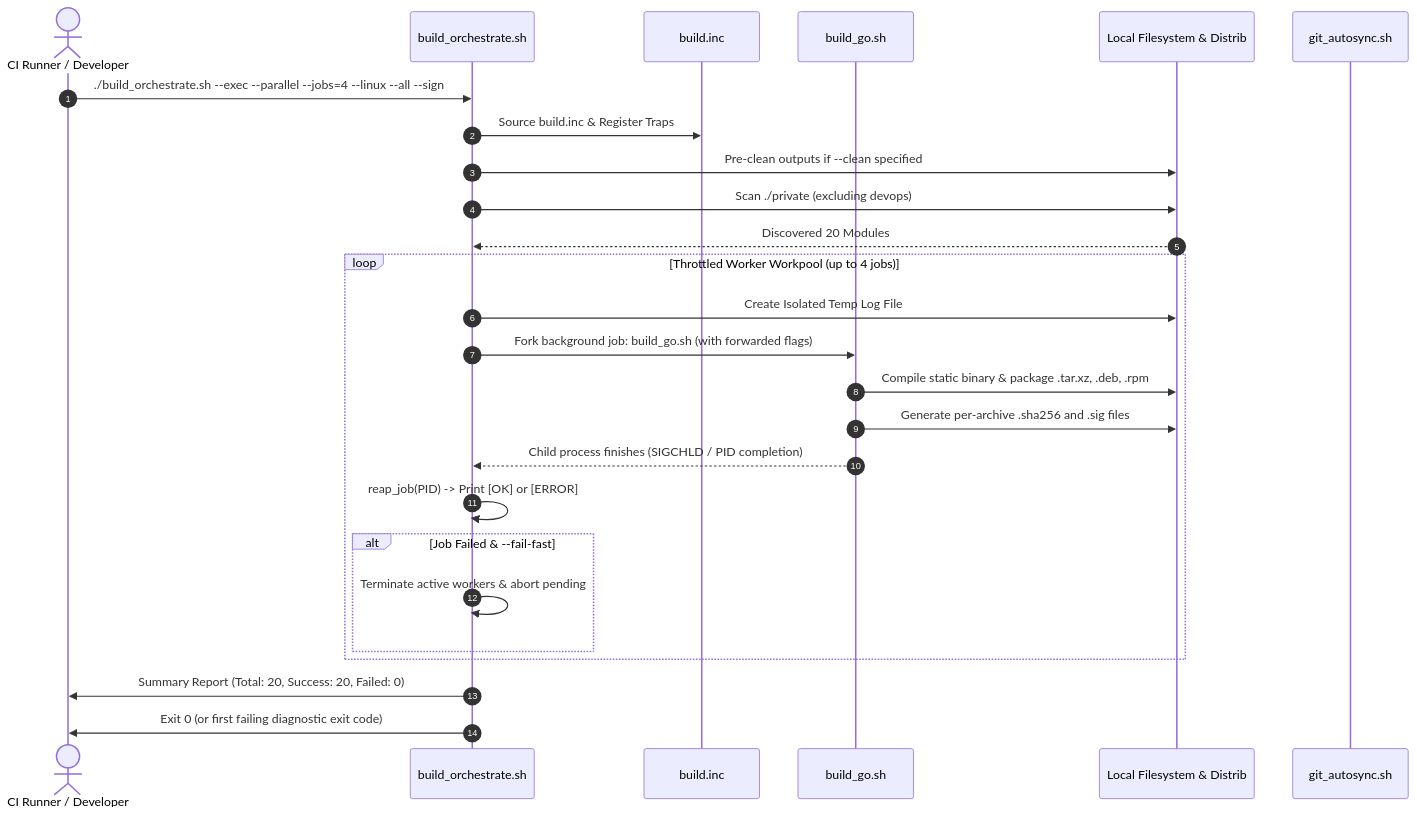
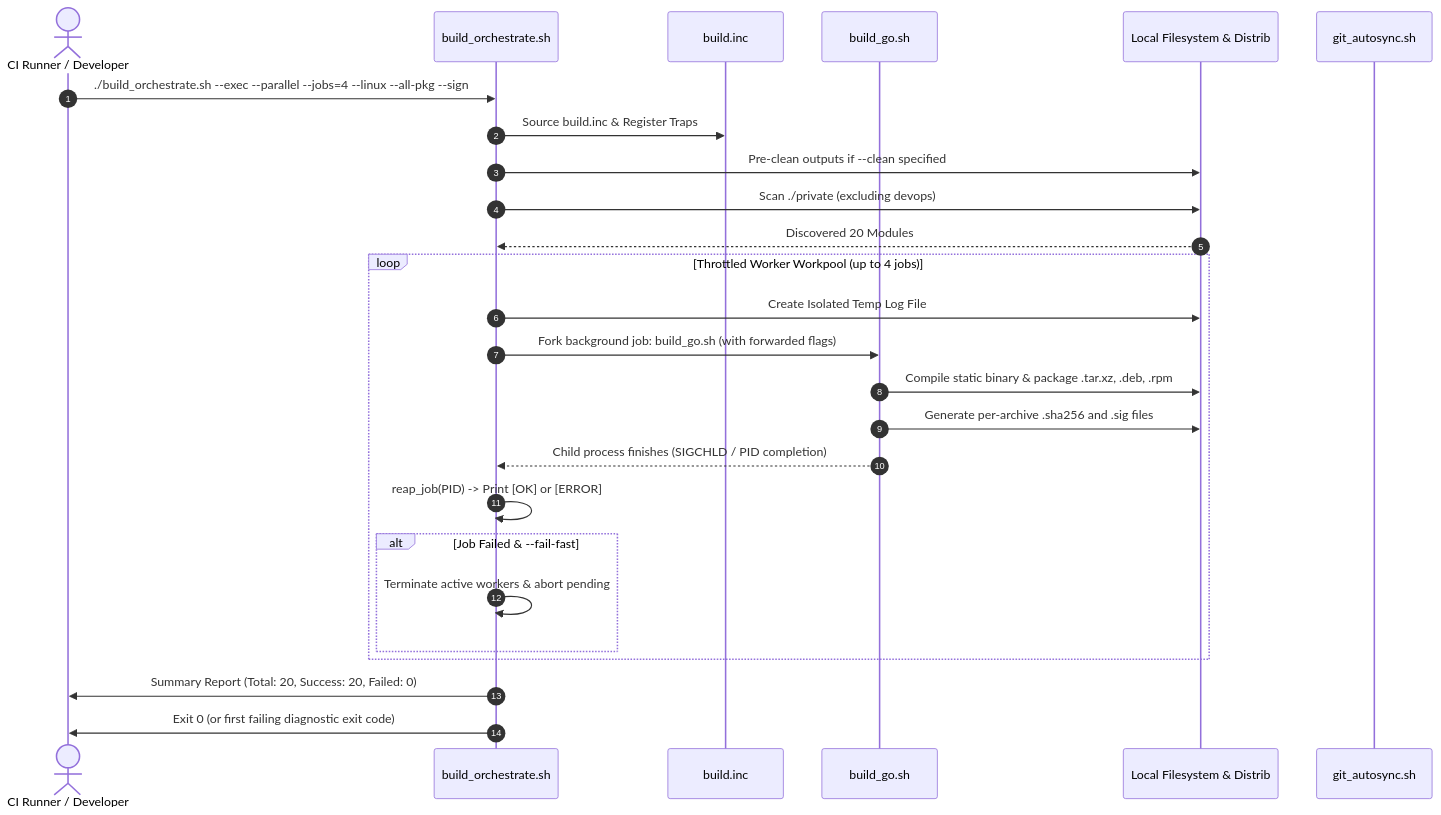
The second of 3 diagrams in build_tasks/build_orchestrate_README.md (edsilegxrepo/devops), drawn with Mermaid before and after one commit. The commit also changed other lines of this file and 5 other files, not shown here.

````diff
--- a/build_tasks/build_orchestrate_README.md
+++ b/build_tasks/build_orchestrate_README.md
@@ -108,31 +108,31 @@
 ```mermaid
 sequenceDiagram
     autonumber
     actor CI as CI Runner / Developer
     participant Orchestrator as build_orchestrate.sh
     participant Include as build.inc
     participant Compiler as build_go.sh
     participant FS as Local Filesystem & Distrib
     participant GitMgr as git_autosync.sh
 
-    CI->>Orchestrator: ./build_orchestrate.sh --exec --parallel --jobs=4 --linux --all --sign
+    CI->>Orchestrator: ./build_orchestrate.sh --exec --parallel --jobs=4 --linux --all-pkg --sign
     Orchestrator->>Include: Source build.inc & Register Traps
     Orchestrator->>FS: Pre-clean outputs if --clean specified
     Orchestrator->>FS: Scan ./private (excluding devops)
     FS-->>Orchestrator: Discovered 20 Modules
 
     loop Throttled Worker Workpool (up to 4 jobs)
         Orchestrator->>FS: Create Isolated Temp Log File
         Orchestrator->>Compiler: Fork background job: build_go.sh (with forwarded flags)
         Compiler->>FS: Compile static binary & package .tar.xz, .deb, .rpm
         Compiler->>FS: Generate per-archive .sha256 and .sig files
         Compiler-->>Orchestrator: Child process finishes (SIGCHLD / PID completion)
         Orchestrator->>Orchestrator: reap_job(PID) -> Print [OK] or [ERROR]
         alt Job Failed & --fail-fast
             Orchestrator->>Orchestrator: Terminate active workers & abort pending
         end
     end
 
     Orchestrator->>CI: Summary Report (Total: 20, Success: 20, Failed: 0)
     Orchestrator->>CI: Exit 0 (or first failing diagnostic exit code)
 ```
````
